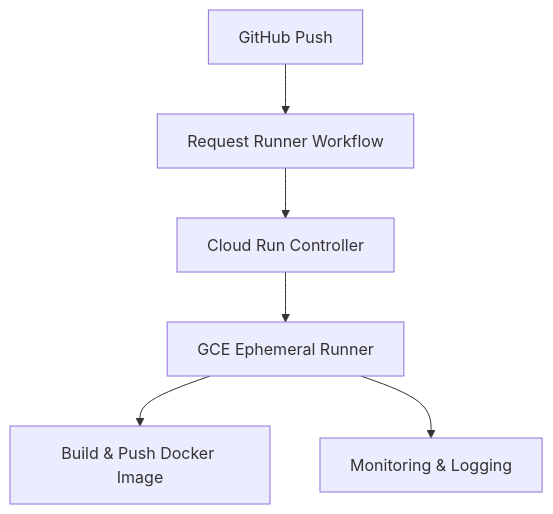
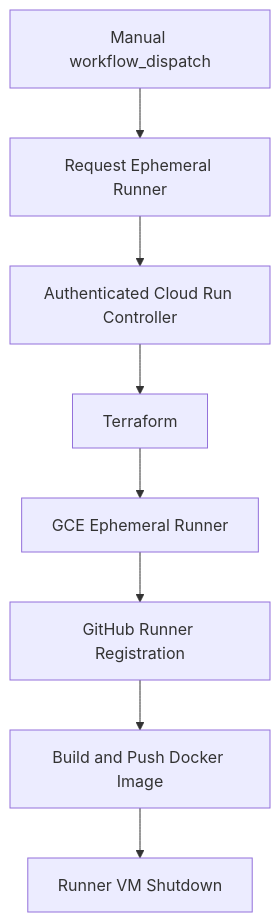
One commit to DimitryZH/ci-build-platform changed the first of 2 diagrams in README.md. Above: the diagram before and after it, drawn with Mermaid. The commit also changed other lines of this file, not shown here.

Commit message:
docs: align README with validated GitHub integration

````diff
--- a/README.md
+++ b/README.md
@@ -47,8 +43,10 @@
 ```mermaid
 flowchart TD
-    A[GitHub Push] --> B[Request Runner Workflow]
-    B --> C[Cloud Run Controller]
-    C --> D[GCE Ephemeral Runner]
-    D --> E[Build & Push Docker Image]
-    D --> F[Monitoring & Logging]
+    A[Manual workflow_dispatch] --> B[Request Ephemeral Runner]
+    B --> C[Authenticated Cloud Run Controller]
+    C --> D[Terraform]
+    D --> E[GCE Ephemeral Runner]
+    E --> F[GitHub Runner Registration]
+    F --> G[Build and Push Docker Image]
+    G --> H[Runner VM Shutdown]
 ```
````
